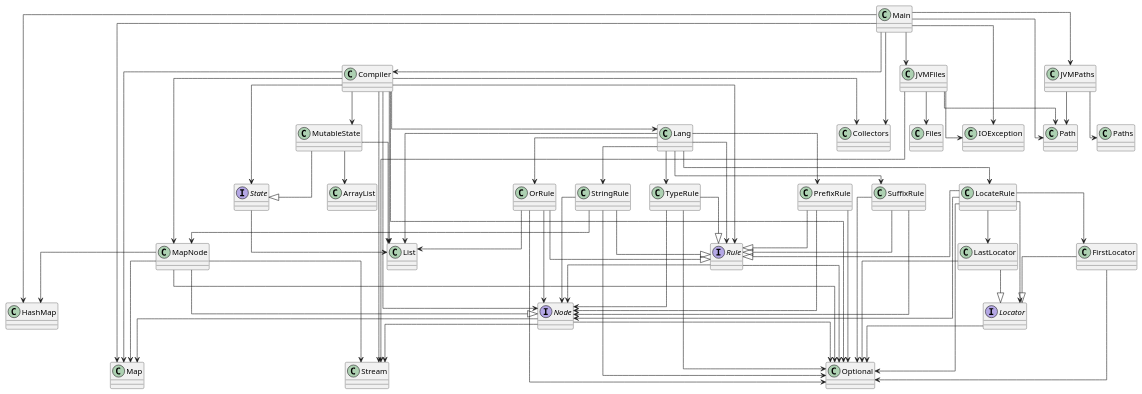
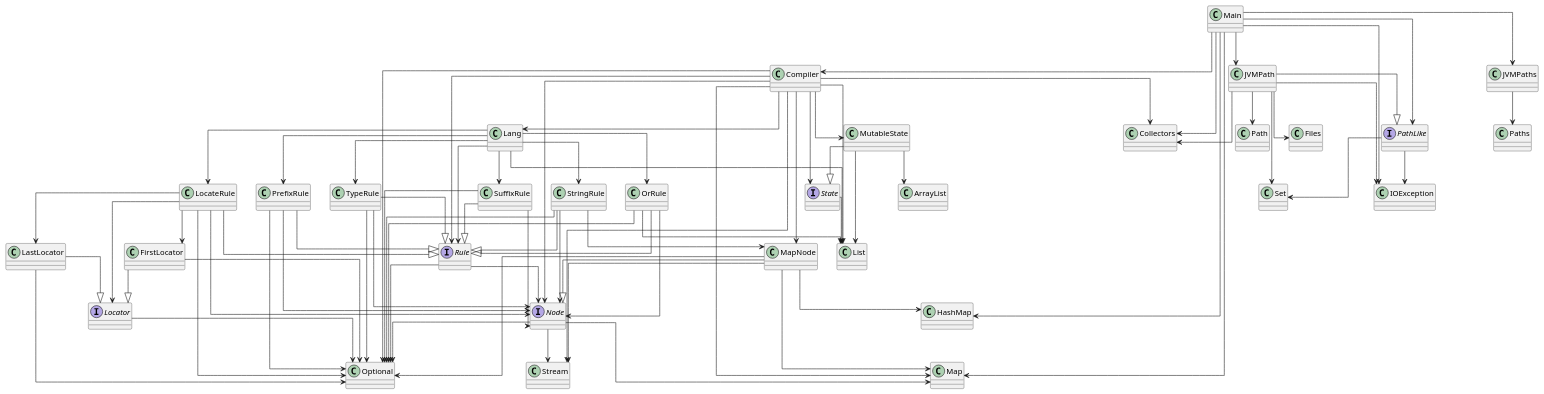
One commit to SirMathhman/Magma changed the diagram in diagram.puml. Above: the diagram before and after it, drawn with PlantUML. The commit also changed 5 other files, not shown here.

Commit message:
PathLike

```diff
--- a/diagram.puml
+++ b/diagram.puml
@@ -1,97 +1,101 @@
 @startuml
 skinparam linetype ortho
 StringRule --> MapNode
 StringRule --> Node
 StringRule --> Optional
 class StringRule
 StringRule --|> Rule
 PrefixRule --> Node
 PrefixRule --> Optional
 class PrefixRule
 PrefixRule --|> Rule
 Compiler --> Lang
 Compiler --> MutableState
 Compiler --> State
 Compiler --> MapNode
 Compiler --> Node
 Compiler --> Rule
 Compiler --> List
 Compiler --> Map
 Compiler --> Optional
 Compiler --> Collectors
 Compiler --> Stream
 class Compiler
 LastLocator --> Optional
 class LastLocator
 LastLocator --|> Locator
 OrRule --> Node
 OrRule --> List
 OrRule --> Optional
 class OrRule
 OrRule --|> Rule
-JVMPaths --> Path
 JVMPaths --> Paths
 class JVMPaths
 Node --> Map
 Node --> Optional
 Node --> Stream
 interface Node
-JVMFiles --> IOException
-JVMFiles --> Files
-JVMFiles --> Path
-JVMFiles --> Stream
-class JVMFiles
 Lang --> LocateRule
 Lang --> OrRule
 Lang --> PrefixRule
 Lang --> Rule
 Lang --> StringRule
 Lang --> SuffixRule
 Lang --> TypeRule
 Lang --> List
 class Lang
 MapNode --> HashMap
 MapNode --> Map
 MapNode --> Optional
 MapNode --> Stream
 class MapNode
 MapNode --|> Node
 Locator --> Optional
 interface Locator
 MutableState --> ArrayList
 MutableState --> List
 class MutableState
 MutableState --|> State
 SuffixRule --> Node
 SuffixRule --> Optional
 class SuffixRule
 SuffixRule --|> Rule
+PathLike --> IOException
+PathLike --> Set
+interface PathLike
+JVMPath --> IOException
+JVMPath --> Files
+JVMPath --> Path
+JVMPath --> Set
+JVMPath --> Collectors
+class JVMPath
+JVMPath --|> PathLike
 State --> List
 interface State
 FirstLocator --> Optional
 class FirstLocator
 FirstLocator --|> Locator
 Rule --> Node
 Rule --> Optional
 interface Rule
 LocateRule --> FirstLocator
 LocateRule --> LastLocator
 LocateRule --> Locator
 LocateRule --> Node
 LocateRule --> Optional
 class LocateRule
 LocateRule --|> Rule
 Main --> Compiler
-Main --> JVMFiles
+Main --> JVMPath
 Main --> JVMPaths
+Main --> PathLike
 Main --> IOException
-Main --> Path
 Main --> HashMap
 Main --> Map
 Main --> Collectors
 class Main
 TypeRule --> Node
 TypeRule --> Optional
 class TypeRule
 TypeRule --|> Rule
 @enduml
```
